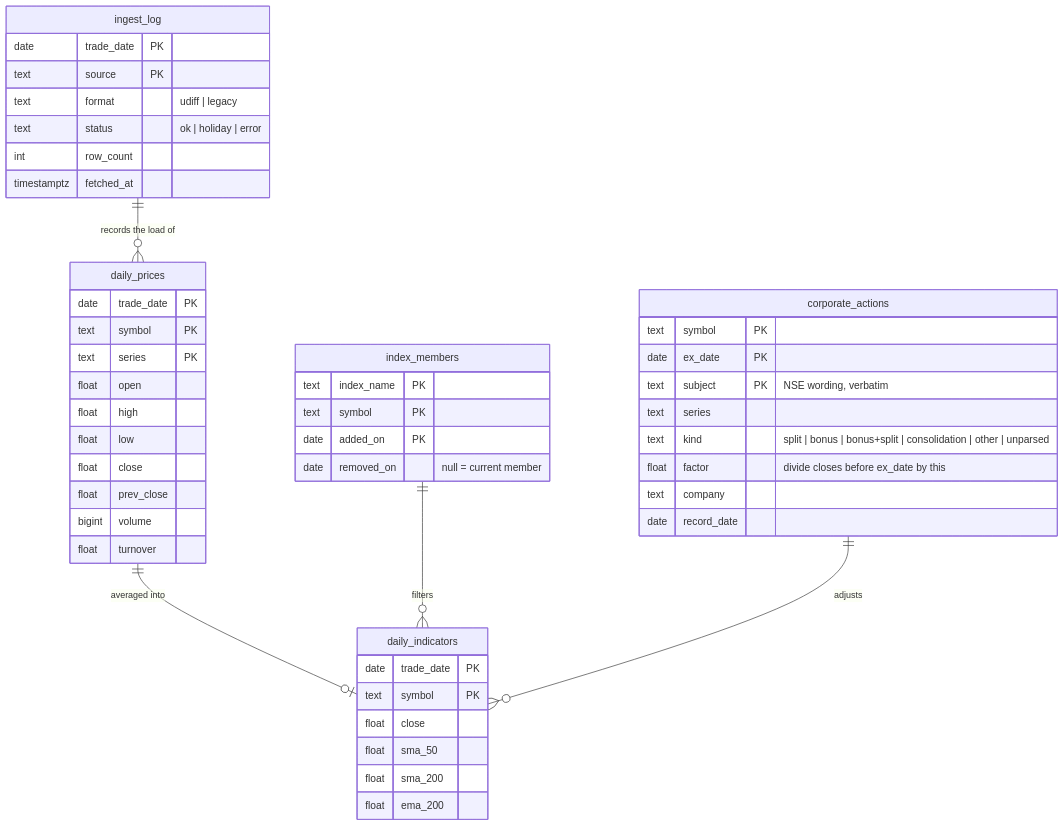
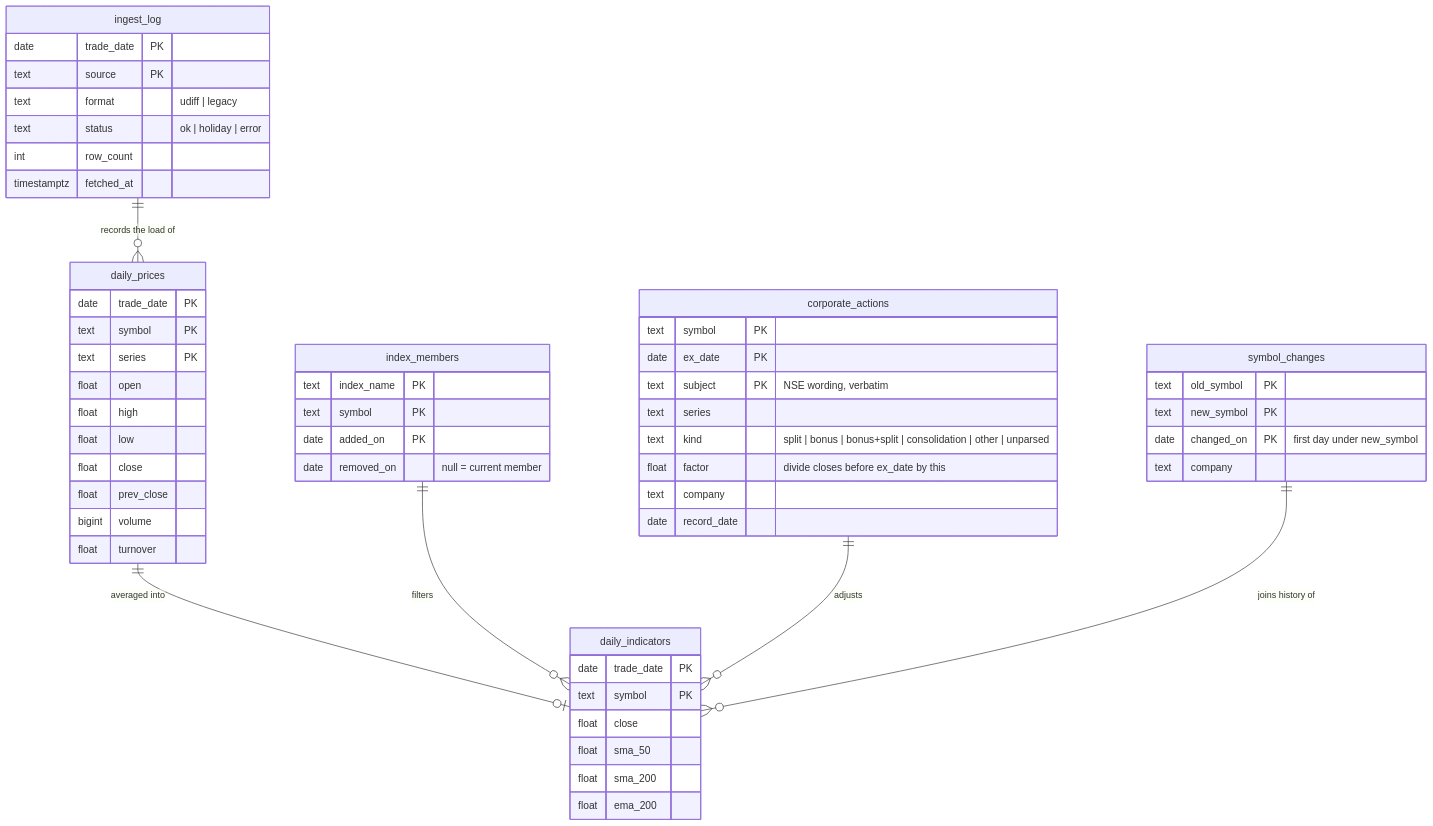
One commit to abhinav2525/TradeSence changed the third of 3 diagrams in README.md. Above: the diagram before and after it, drawn with Mermaid. The commit also changed other lines of this file and 15 other files, not shown here.

````diff
--- a/README.md
+++ b/README.md
@@ -119,51 +122,58 @@
 ```mermaid
 erDiagram
     daily_prices {
         date trade_date PK
         text symbol PK
         text series PK
         float open
         float high
         float low
         float close
         float prev_close
         bigint volume
         float turnover
     }
     index_members {
         text index_name PK
         text symbol PK
         date added_on PK
         date removed_on "null = current member"
     }
     daily_indicators {
         date trade_date PK
         text symbol PK
         float close
         float sma_50
         float sma_200
         float ema_200
     }
     corporate_actions {
         text symbol PK
         date ex_date PK
         text subject PK "NSE wording, verbatim"
         text series
         text kind "split | bonus | bonus+split | consolidation | other | unparsed"
         float factor "divide closes before ex_date by this"
         text company
         date record_date
     }
+    symbol_changes {
+        text old_symbol PK
+        text new_symbol PK
+        date changed_on PK "first day under new_symbol"
+        text company
+    }
     ingest_log {
         date trade_date PK
         text source PK
         text format "udiff | legacy"
         text status "ok | holiday | error"
         int row_count
         timestamptz fetched_at
     }
     daily_prices ||--o| daily_indicators : "averaged into"
     index_members ||--o{ daily_indicators : "filters"
     corporate_actions ||--o{ daily_indicators : "adjusts"
+    symbol_changes ||--o{ daily_indicators : "joins history of"
     ingest_log ||--o{ daily_prices : "records the load of"
 ```
````
